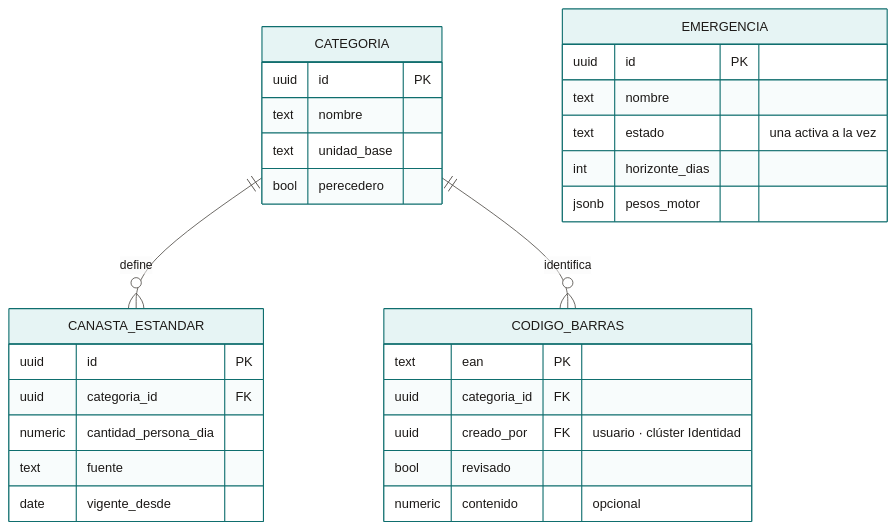
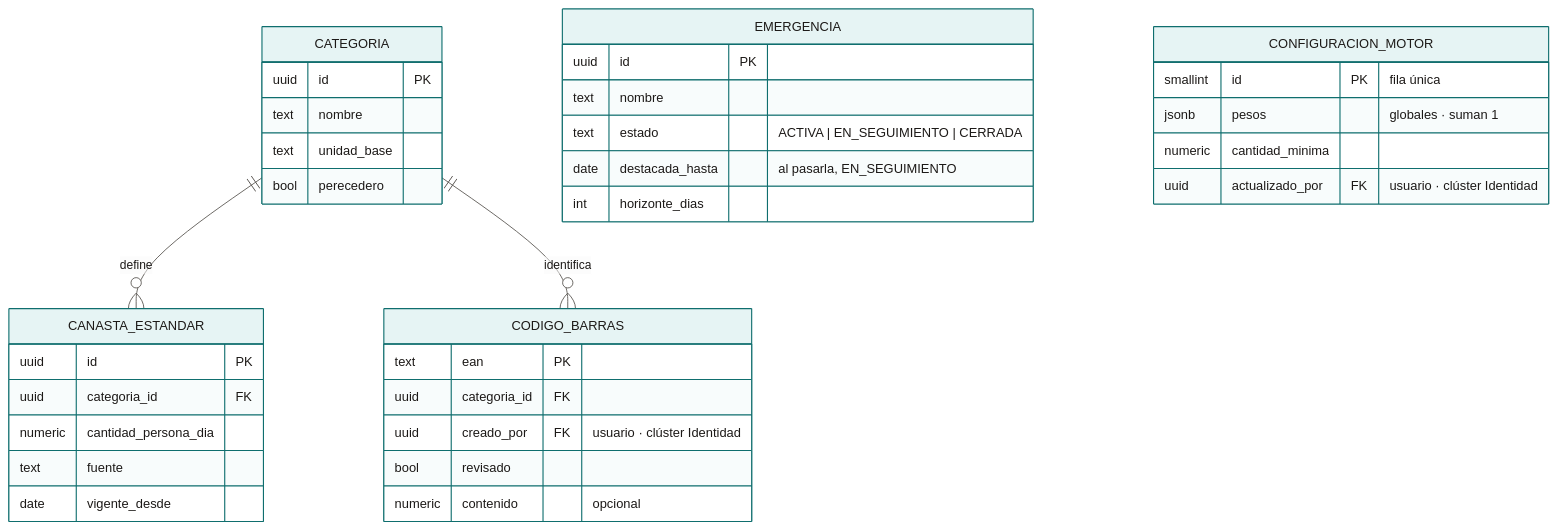
One commit to Proyecto-IngSoftware/acopio changed the diagram in docs/02-arquitectura/diagramas/mmd/er-01-raiz-y-catalogo.mmd. Above: the diagram before and after it, drawn with Mermaid. The commit also changed 30 other files, not shown here.

```diff
--- a/docs/02-arquitectura/diagramas/mmd/er-01-raiz-y-catalogo.mmd
+++ b/docs/02-arquitectura/diagramas/mmd/er-01-raiz-y-catalogo.mmd
@@ -1,32 +1,38 @@
 %%{init: {"theme":"base","themeVariables":{"fontFamily":"Inter, Segoe UI, Arial, sans-serif","fontSize":"15px","primaryColor":"#E6F4F4","primaryTextColor":"#1C1917","primaryBorderColor":"#0F6E6E","secondaryColor":"#C7E8E8","tertiaryColor":"#FAFAF9","lineColor":"#57534E","textColor":"#1C1917","mainBkg":"#E6F4F4","nodeBorder":"#0F6E6E","clusterBkg":"#F5F5F4","clusterBorder":"#A8A29E","edgeLabelBackground":"#FFFFFF","attributeBackgroundColorOdd":"#FFFFFF","attributeBackgroundColorEven":"#F5F5F4"},"er":{"useMaxWidth":false},"flowchart":{"useMaxWidth":false,"htmlLabels":true,"curve":"basis"}}}%%
 erDiagram
     CATEGORIA ||--o{ CANASTA_ESTANDAR : define
     CATEGORIA ||--o{ CODIGO_BARRAS : identifica
 
     EMERGENCIA {
         uuid id PK
         text nombre
-        text estado "una activa a la vez"
+        text estado "ACTIVA | EN_SEGUIMIENTO | CERRADA"
+        date destacada_hasta "al pasarla, EN_SEGUIMIENTO"
         int horizonte_dias
-        jsonb pesos_motor
+    }
+    CONFIGURACION_MOTOR {
+        smallint id PK "fila única"
+        jsonb pesos "globales · suman 1"
+        numeric cantidad_minima
+        uuid actualizado_por FK "usuario · clúster Identidad"
     }
     CATEGORIA {
         uuid id PK
         text nombre
         text unidad_base
         bool perecedero
     }
     CANASTA_ESTANDAR {
         uuid id PK
         uuid categoria_id FK
         numeric cantidad_persona_dia
         text fuente
         date vigente_desde
     }
     CODIGO_BARRAS {
         text ean PK
         uuid categoria_id FK
         uuid creado_por FK "usuario · clúster Identidad"
         bool revisado
         numeric contenido "opcional"
     }
```
